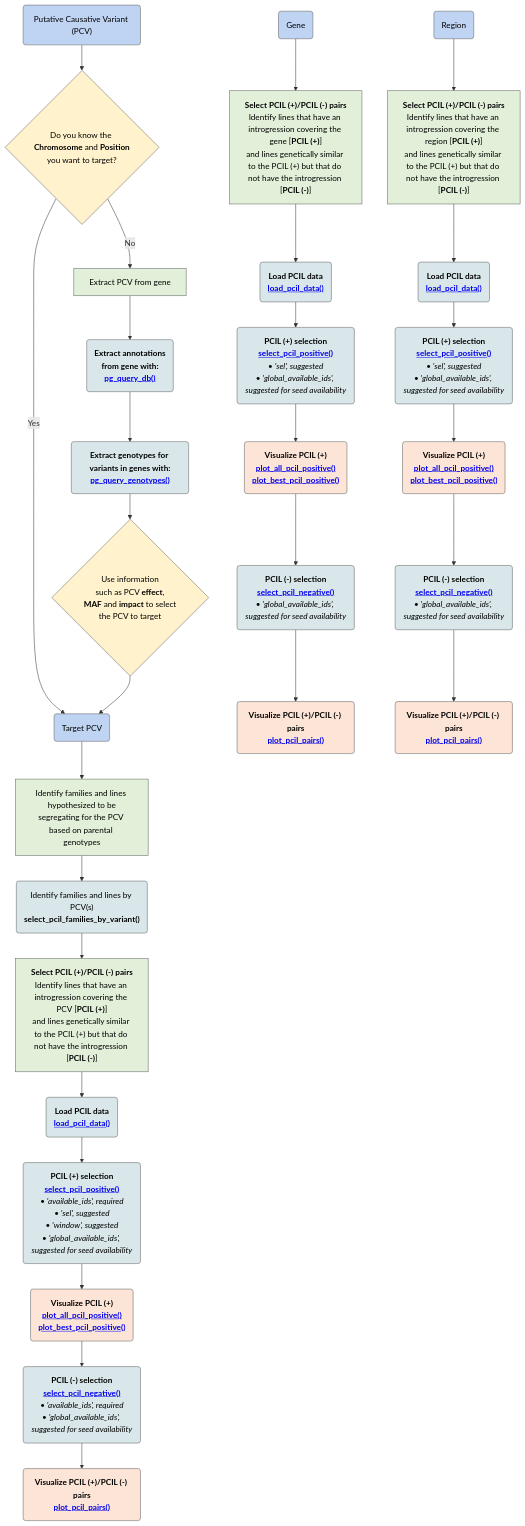
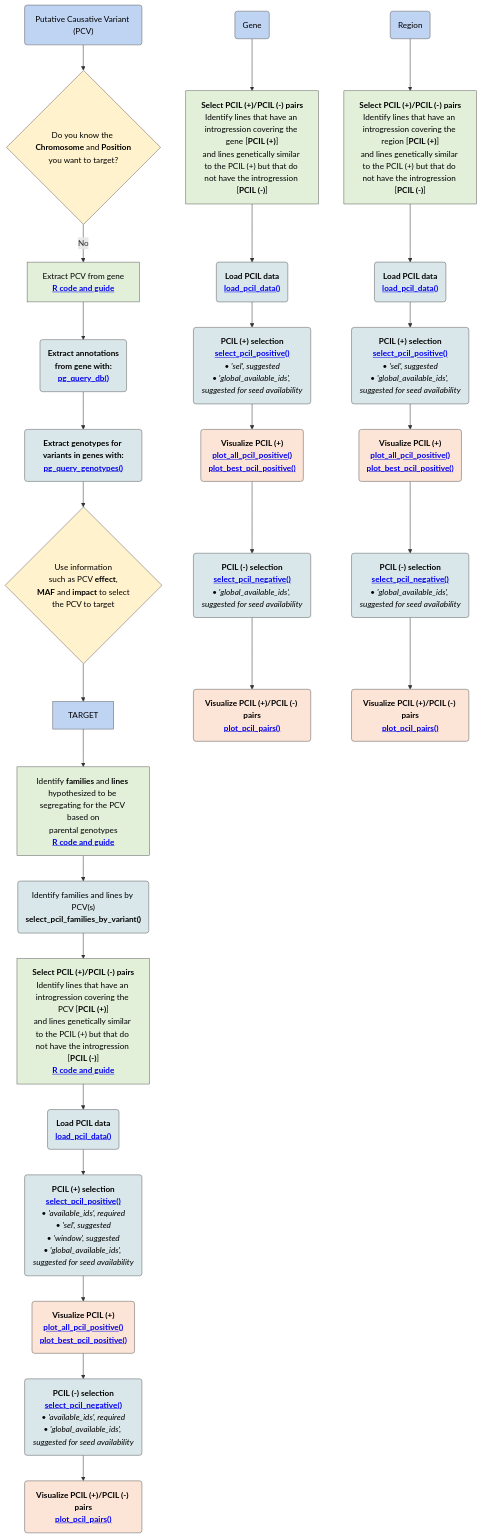
One commit to claracruet/PCIL_selection_pipeline changed the diagram in README.md. Above: the diagram before and after it, drawn with Mermaid.

```diff
--- a/README.md
+++ b/README.md
@@ -54,11 +54,7 @@
 %% =========================================================
 
 PCV --> KNOW{"Do you know the <b>Chromosome</b> and <b>Position</b><br/>you want to target?"}
-
-KNOW -->|No| EXTRACT["Extract PCV from gene"]
-
-click EXTRACT "https://github.com/claracruet/PCIL_selection_pipeline/blob/main/PCV_from_gene_selection.md" "View PCV from gene selection guide"
-KNOW -->|Yes| TARGET("Target PCV")
+KNOW -->|No| EXTRACT["Extract PCV from gene<br/><a href='https://github.com/claracruet/PCIL_selection_pipeline/blob/main/PCV_from_gene_selection.md'><b>R code and guide</b></a>"]
 
 EXTRACT --> ANN("<b>Extract annotations</b><br/><b>from gene with:</b><br/><a href='https://awkena.github.io/panGenomeBreedr/articles/panGenomeBreedr_Workflows.html'><b>pg_query_db()</b></a>")
 
@@ -68,11 +64,11 @@
 
 CHOOSE --> TARGET
 
-TARGET --> FAMSTEP["Identify families and lines hypothesized to be<br/>segregating for the PCV based on parental genotypes"]
+TARGET --> FAMSTEP["Identify <b>families</b> and <b>lines</b> hypothesized to be segregating for the PCV based on<br/>parental genotypes<br/><a href='https://github.com/claracruet/PCIL_selection_pipeline/blob/main/select_pcil_families_by_variant_ReadMe.md'><b>R code and guide</b></a>"]
 
 FAMSTEP --> FAMFUNC("Identify families and lines by PCV(s)<br/><b>select_pcil_families_by_variant()</b>")
 
-FAMFUNC --> PCPOSSTEP["<b>Select PCIL (+)/PCIL (-) pairs</b><br/>Identify lines that have an introgression covering the PCV [<b>PCIL (+)</b>]<br/>and lines genetically similar to the PCIL (+) but that do not have the introgression [<b>PCIL (-)</b>]"]
+FAMFUNC --> PCPOSSTEP["<b>Select PCIL (+)/PCIL (-) pairs</b><br/>Identify lines that have an introgression covering the PCV [<b>PCIL (+)</b>]<br/>and lines genetically similar to the PCIL (+) but that do not have the introgression [<b>PCIL (-)</b>]<br/><a href='https://github.com/claracruet/PCIL_selection_pipeline/blob/main/select_pcil_families_by_variant_ReadMe.md'><b>R code and guide</b></a>"]
 
 PCPOSSTEP --> PCDATA("<b>Load PCIL data</b><br/><a href='https://github.com/claracruet/PCIL_selection_pipeline/blob/main/load_pcil_data_ReadMe.md'><b>load_pcil_data()</b></a>")
 
```
